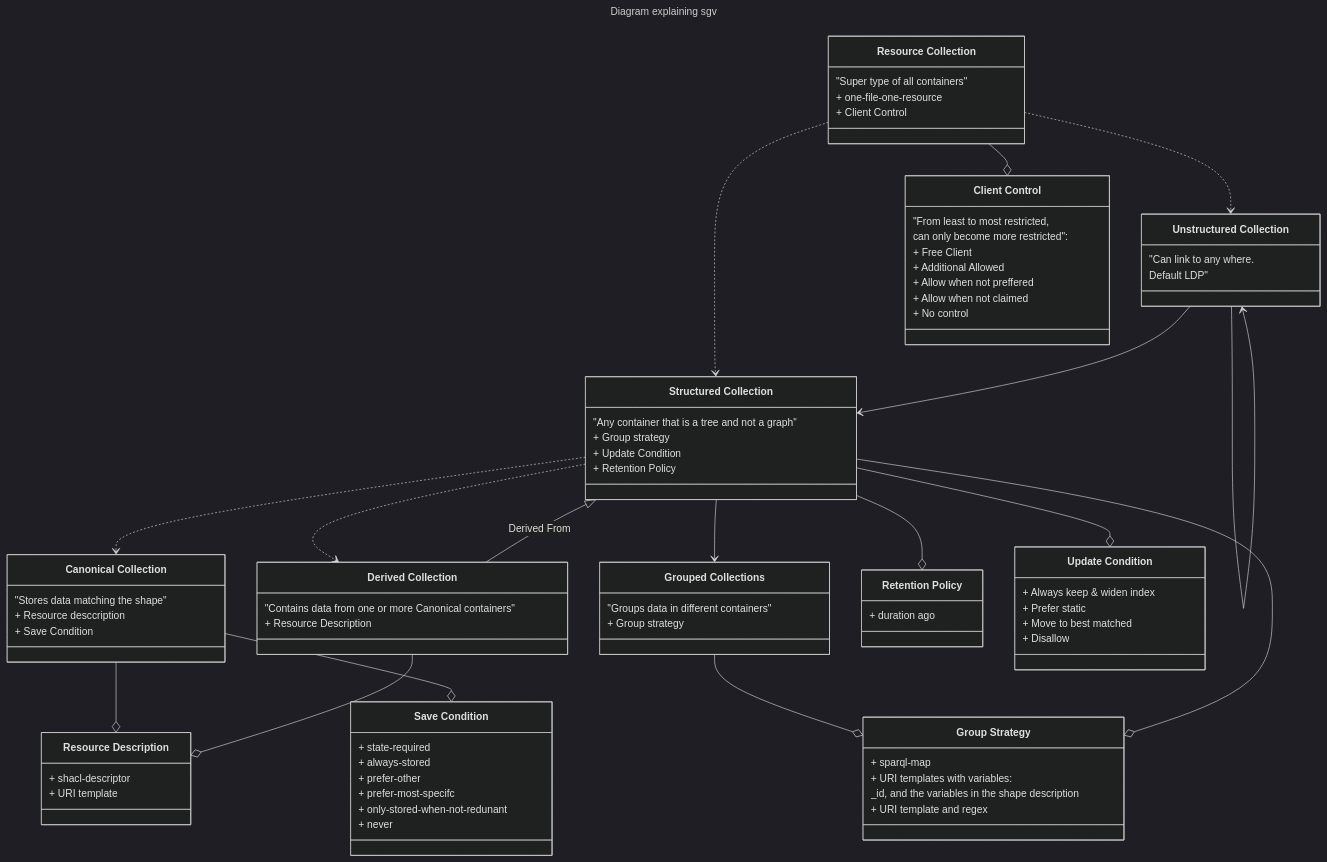
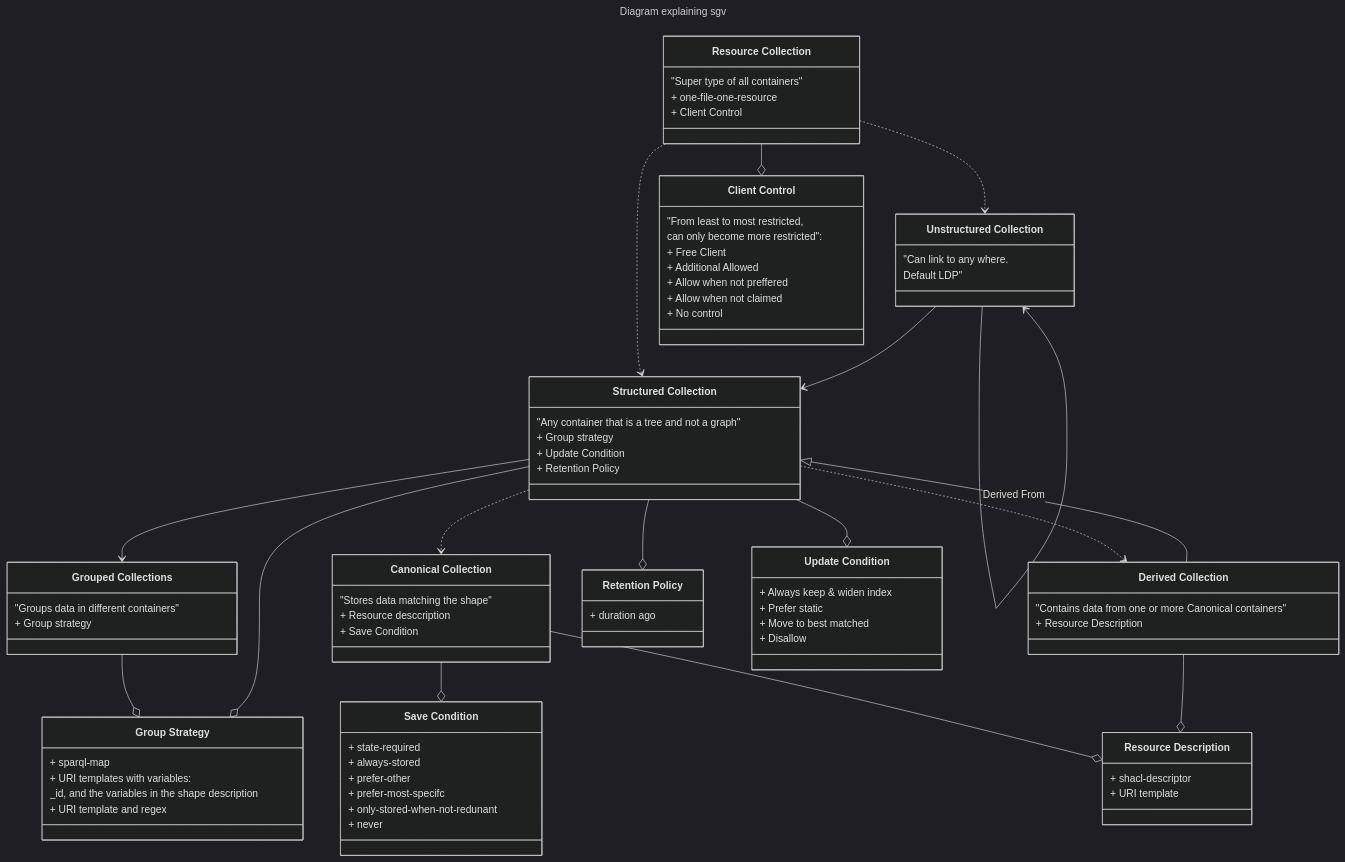
One commit to jitsedesmet/thesis changed the second of 2 diagrams in solution/storage-guidance-vocabulary/index.md. Above: the diagram before and after it, drawn with Mermaid (dark theme). The commit also changed other lines of this file and 5 other files, not shown here.

```diff
--- a/solution/storage-guidance-vocabulary/index.md
+++ b/solution/storage-guidance-vocabulary/index.md
@@ -111,6 +111,16 @@
     + Resource Description
   }
 
+  CC --o SaveCond
+  class SaveCond["Save Condition"] {
+    + state-required
+    + always-stored
+    + prefer-other
+    + prefer-most-specifc
+    + only-stored-when-not-redunant
+    + never
+  }
+
   CC --o RD
   DC --o RD
   class RD["Resource Description"] {
@@ -121,16 +131,6 @@
   SC --o RP
   class RP["Retention Policy"] {
     + duration ago 
-  }
-
-  CC --o SaveCond
-  class SaveCond["Save Condition"] {
-    + state-required
-    + always-stored
-    + prefer-other
-    + prefer-most-specifc
-    + only-stored-when-not-redunant
-    + never
   }
 
   SC --o UCond
```
